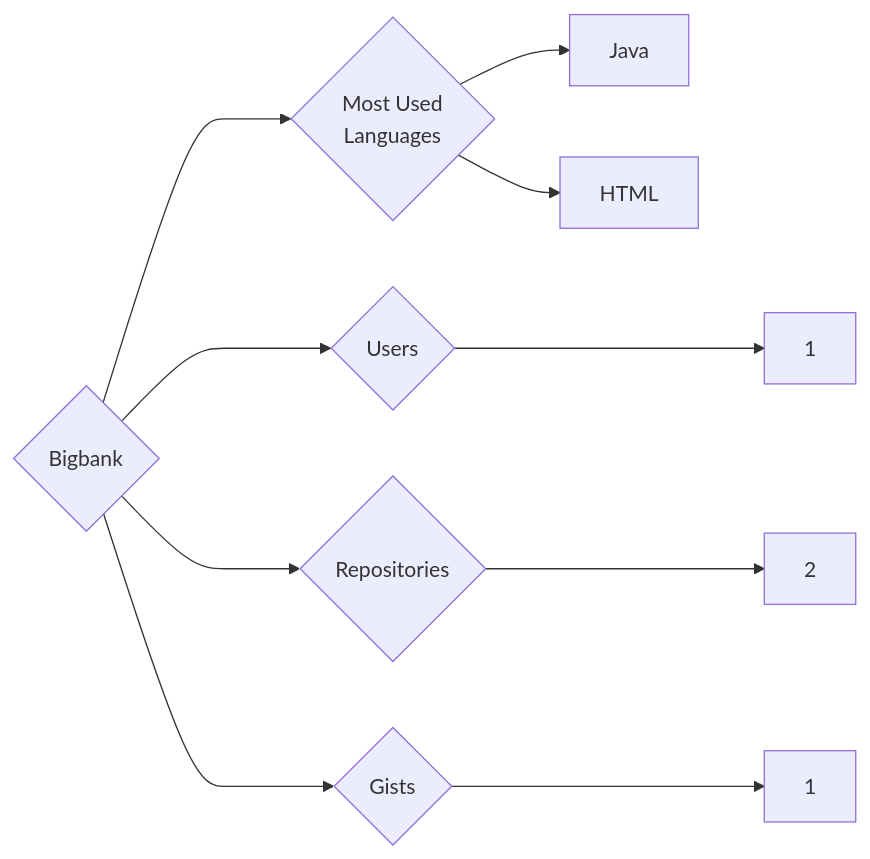
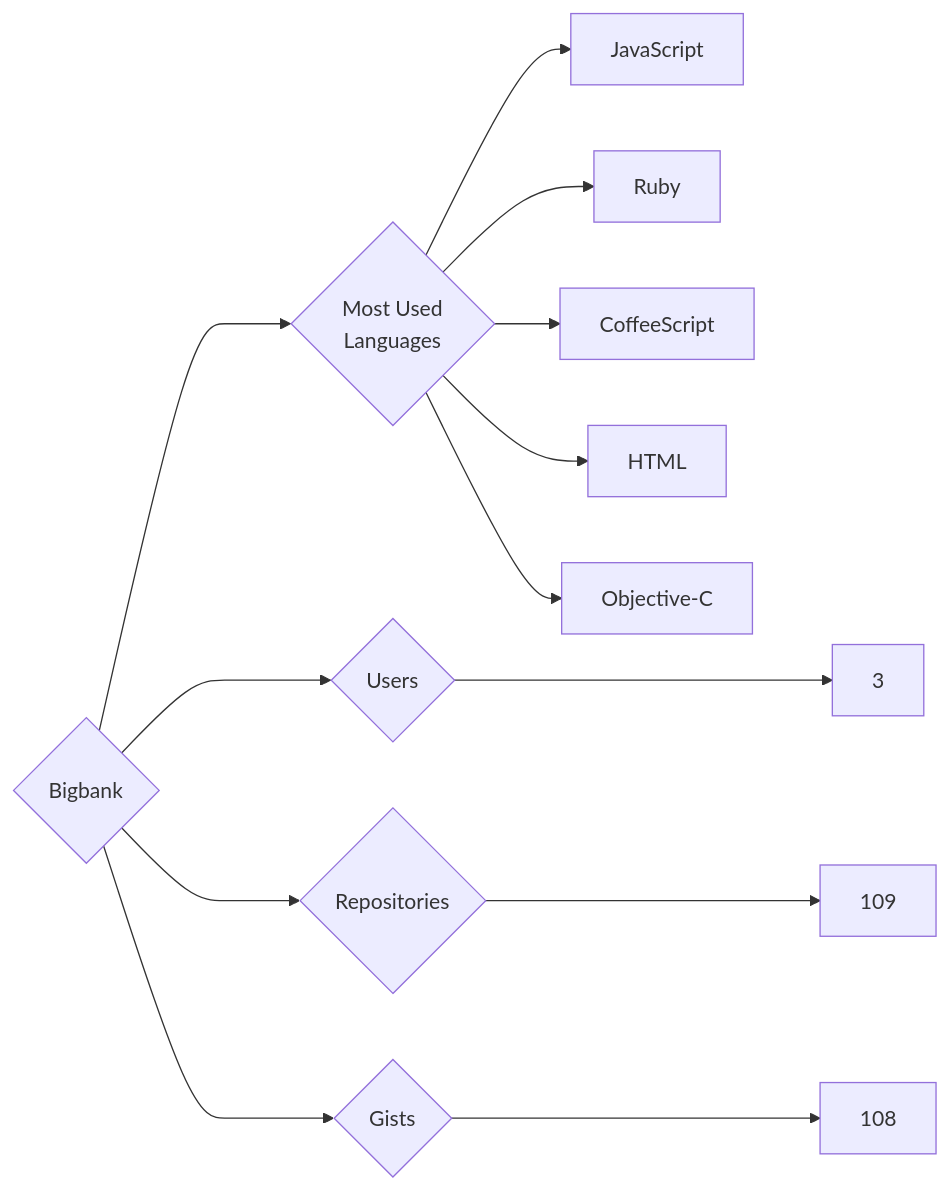
The diagram in targets/Bigbank/README.md (trickest/insiders), drawn with Mermaid before and after one commit. The commit also changed 750 other files, not shown here.

````diff
--- a/targets/Bigbank/README.md
+++ b/targets/Bigbank/README.md
@@ -3,10 +3,13 @@
 ```mermaid
 graph LR
 COMPANY_NAME{Bigbank}
-COMPANY_NAME ---> U{Users} ---> UN[1]
-COMPANY_NAME ---> R{Repositories} ---> RN[2]
-COMPANY_NAME ---> G{Gists} ---> GN[1]
+COMPANY_NAME ---> U{Users} ---> UN[3]
+COMPANY_NAME ---> R{Repositories} ---> RN[109]
+COMPANY_NAME ---> G{Gists} ---> GN[108]
 COMPANY_NAME ---> ML{Most Used<br>Languages}
-ML --> Java[Java]
+ML --> JavaScript[JavaScript]
+ML --> Ruby[Ruby]
+ML --> CoffeeScript[CoffeeScript]
 ML --> HTML[HTML]
+ML --> Objective-C[Objective-C]
 ```
````
